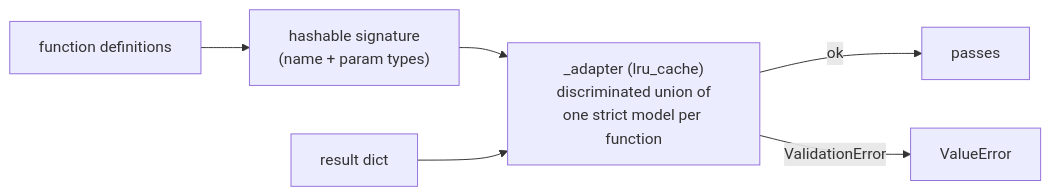
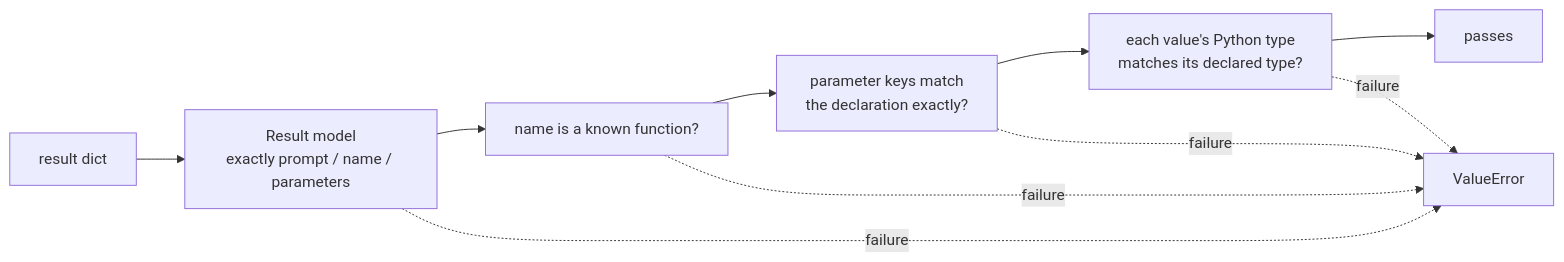
The diagram in docs/04-output.md (laghzal49/Call-me-maybe), drawn with Mermaid before and after one commit. The commit also changed other lines of this file and 3 other files, not shown here.

Commit message:
Update docs to match simplified pydantic validation

````diff
--- a/docs/04-output.md
+++ b/docs/04-output.md
@@ -28,8 +27,9 @@
 ```mermaid
 flowchart LR
-    FD["function definitions"] --> SIG["hashable signature<br/>(name + param types)"]
-    SIG --> AD["_adapter (lru_cache)<br/>discriminated union of<br/>one strict model per function"]
-    R["result dict"] --> AD
-    AD -->|ok| OK["passes"]
-    AD -->|ValidationError| ERR["ValueError"]
+    R["result dict"] --> S["Result model<br/>exactly prompt / name / parameters"]
+    S --> N["name is a known function?"]
+    N --> K["parameter keys match<br/>the declaration exactly?"]
+    K --> T["each value's Python type<br/>matches its declared type?"]
+    T --> OK["passes"]
+    S & N & K & T -.->|failure| ERR["ValueError"]
 ```
````
